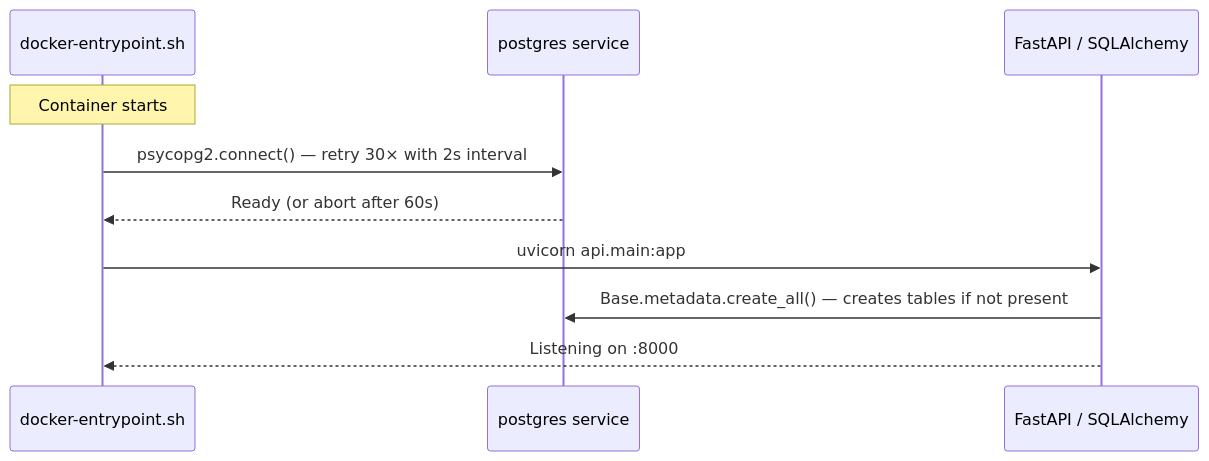
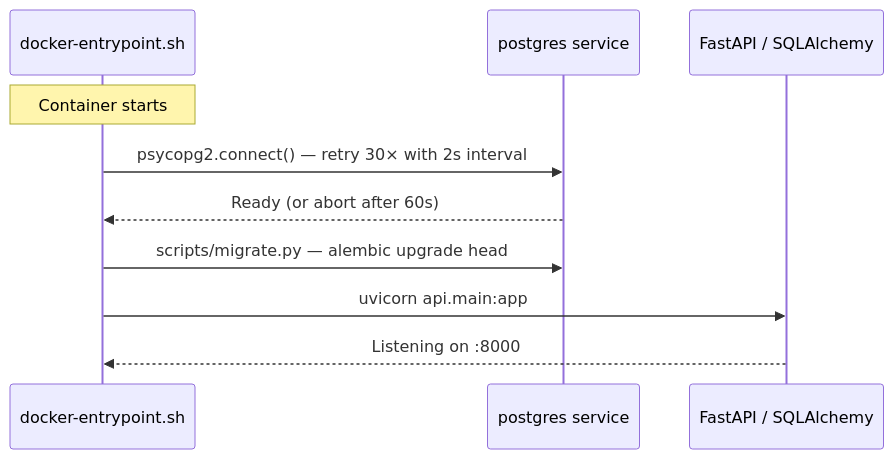
One commit to DareAdekunle/IELTS-memoryCoach changed diagram 12 of 12 in ARCHITECTURE.md. Above: the diagram before and after it, drawn with Mermaid. The commit also changed 11 other files, not shown here.

First line of the commit message:
feat: manage database schema with Alembic

````diff
--- a/ARCHITECTURE.md
+++ b/ARCHITECTURE.md
@@ -554,13 +554,13 @@
 ```mermaid
 sequenceDiagram
     participant E as docker-entrypoint.sh
     participant PG as postgres service
     participant F as FastAPI / SQLAlchemy
 
     Note over E: Container starts
     E->>PG: psycopg2.connect() — retry 30× with 2s interval
     PG-->>E: Ready (or abort after 60s)
+    E->>PG: scripts/migrate.py — alembic upgrade head
     E->>F: uvicorn api.main:app
-    F->>PG: Base.metadata.create_all() — creates tables if not present
     F-->>E: Listening on :8000
 ```
````
